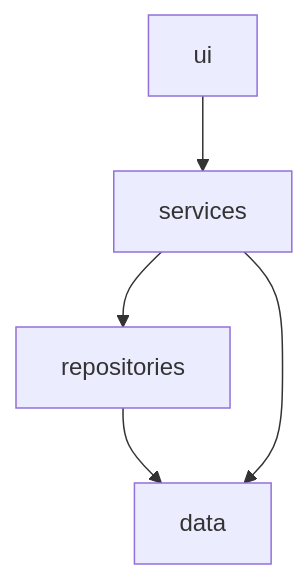
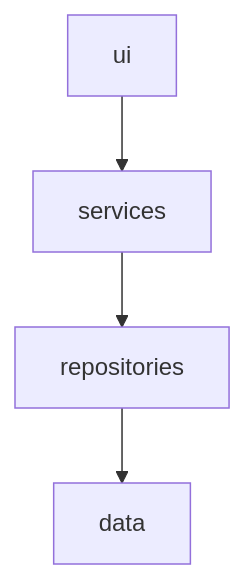
The first of 2 diagrams in dokumentaatio/arkkitehtuuri.md (suitsuke/ot-harjoitustyo), drawn with Mermaid before and after one commit. The commit also changed other lines of this file, not shown here.

````diff
--- a/dokumentaatio/arkkitehtuuri.md
+++ b/dokumentaatio/arkkitehtuuri.md
@@ -21,7 +20,6 @@
 ```mermaid
 graph TD;
     ui --> services;
     services --> repositories;
     repositories --> data;
-    services --> data
 ```
````
